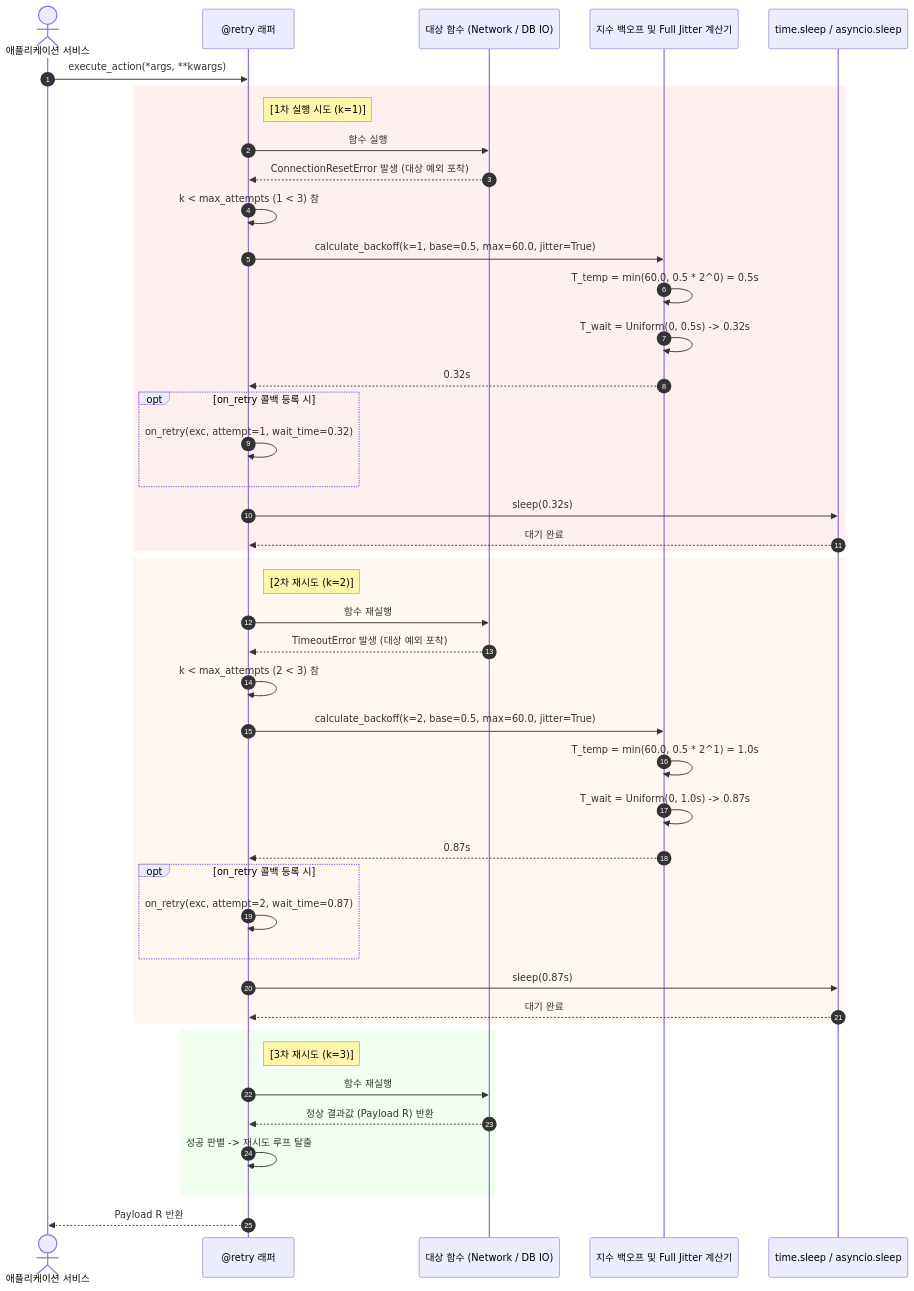
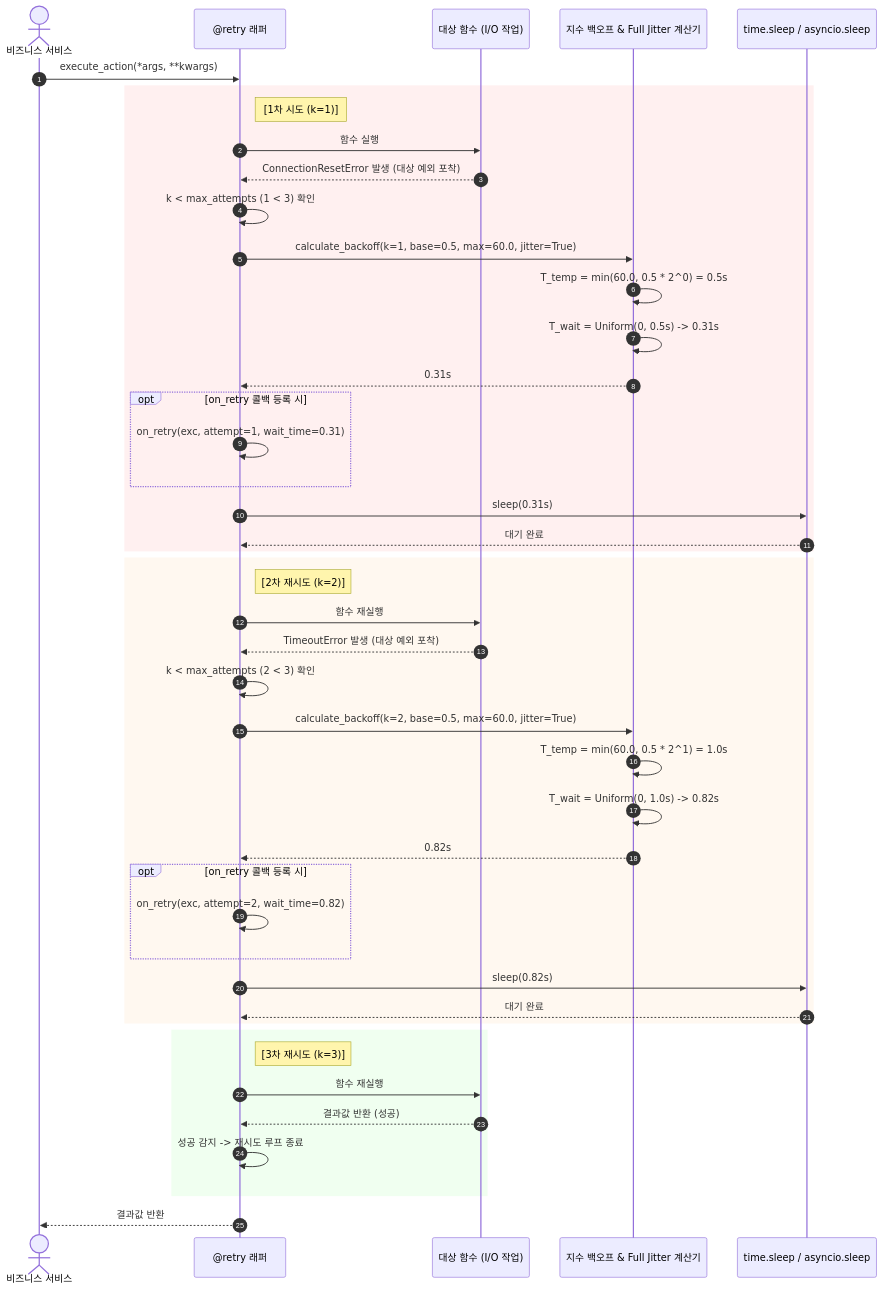
The fifth of 5 diagrams in docs/quiver/system-designer/01_SYSTEM_DESIGN.md (ozplayground/python-package), drawn with Mermaid before and after one commit. The commit also changed other lines of this file and 53 other files, not shown here.

````diff
--- a/docs/quiver/system-designer/01_SYSTEM_DESIGN.md
+++ b/docs/quiver/system-designer/01_SYSTEM_DESIGN.md
@@ -458,52 +417,52 @@
 ```mermaid
 sequenceDiagram
     autonumber
-    actor Client as 애플리케이션 서비스
+    actor Client as 비즈니스 서비스
     participant Decorator as @retry 래퍼
-    participant Target as 대상 함수 (Network / DB IO)
-    participant JitterEngine as 지수 백오프 및 Full Jitter 계산기
+    participant Target as 대상 함수 (I/O 작업)
+    participant JitterEngine as 지수 백오프 & Full Jitter 계산기
     participant Sleeper as time.sleep / asyncio.sleep
 
     Client->>Decorator: execute_action(*args, **kwargs)
     
     rect rgb(255, 240, 240)
-        note right of Decorator: [1차 실행 시도 (k=1)]
+        note right of Decorator: [1차 시도 (k=1)]
         Decorator->>Target: 함수 실행
         Target-->>Decorator: ConnectionResetError 발생 (대상 예외 포착)
-        Decorator->>Decorator: k < max_attempts (1 < 3) 참
+        Decorator->>Decorator: k < max_attempts (1 < 3) 확인
         Decorator->>JitterEngine: calculate_backoff(k=1, base=0.5, max=60.0, jitter=True)
         JitterEngine->>JitterEngine: T_temp = min(60.0, 0.5 * 2^0) = 0.5s
-        JitterEngine->>JitterEngine: T_wait = Uniform(0, 0.5s) -> 0.32s
-        JitterEngine-->>Decorator: 0.32s
+        JitterEngine->>JitterEngine: T_wait = Uniform(0, 0.5s) -> 0.31s
+        JitterEngine-->>Decorator: 0.31s
         opt on_retry 콜백 등록 시
-            Decorator->>Decorator: on_retry(exc, attempt=1, wait_time=0.32)
+            Decorator->>Decorator: on_retry(exc, attempt=1, wait_time=0.31)
         end
-        Decorator->>Sleeper: sleep(0.32s)
+        Decorator->>Sleeper: sleep(0.31s)
         Sleeper-->>Decorator: 대기 완료
     end
 
     rect rgb(255, 248, 240)
         note right of Decorator: [2차 재시도 (k=2)]
         Decorator->>Target: 함수 재실행
         Target-->>Decorator: TimeoutError 발생 (대상 예외 포착)
-        Decorator->>Decorator: k < max_attempts (2 < 3) 참
+        Decorator->>Decorator: k < max_attempts (2 < 3) 확인
         Decorator->>JitterEngine: calculate_backoff(k=2, base=0.5, max=60.0, jitter=True)
         JitterEngine->>JitterEngine: T_temp = min(60.0, 0.5 * 2^1) = 1.0s
-        JitterEngine->>JitterEngine: T_wait = Uniform(0, 1.0s) -> 0.87s
-        JitterEngine-->>Decorator: 0.87s
+        JitterEngine->>JitterEngine: T_wait = Uniform(0, 1.0s) -> 0.82s
+        JitterEngine-->>Decorator: 0.82s
         opt on_retry 콜백 등록 시
-            Decorator->>Decorator: on_retry(exc, attempt=2, wait_time=0.87)
+            Decorator->>Decorator: on_retry(exc, attempt=2, wait_time=0.82)
         end
-        Decorator->>Sleeper: sleep(0.87s)
+        Decorator->>Sleeper: sleep(0.82s)
         Sleeper-->>Decorator: 대기 완료
     end
 
     rect rgb(240, 255, 240)
         note right of Decorator: [3차 재시도 (k=3)]
         Decorator->>Target: 함수 재실행
-        Target-->>Decorator: 정상 결과값 (Payload R) 반환
-        Decorator->>Decorator: 성공 판별 -> 재시도 루프 탈출
+        Target-->>Decorator: 결과값 반환 (성공)
+        Decorator->>Decorator: 성공 감지 -> 재시도 루프 종료
     end
 
-    Decorator-->>Client: Payload R 반환
+    Decorator-->>Client: 결과값 반환
 ```
````
